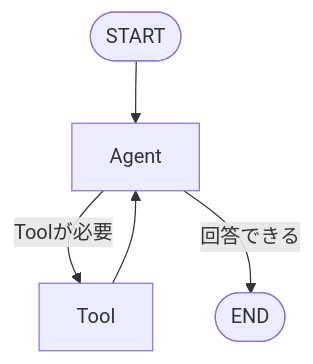
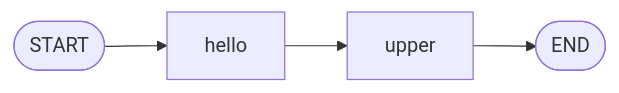
The second of 14 diagrams in docs/07_langgraph.md (ykubota-dev/ai-agent-tutorial), drawn with Mermaid before and after one commit. The commit also changed other lines of this file and 1 other file, not shown here.

````diff
--- a/docs/07_langgraph.md
+++ b/docs/07_langgraph.md
@@ -87,14 +127,14 @@
 ```mermaid
-flowchart TD
+flowchart LR
     START(["START"])
-    AGENT["Agent"]
-    TOOL["Tool"]
+
+    HELLO["hello"]
+
+    UPPER["upper"]
+
     END(["END"])
 
-    START --> AGENT
-
-    AGENT -->|"Toolが必要"| TOOL
-    TOOL --> AGENT
-
-    AGENT -->|"回答できる"| END
+    START --> HELLO
+    HELLO --> UPPER
+    UPPER --> END
 ```
````
